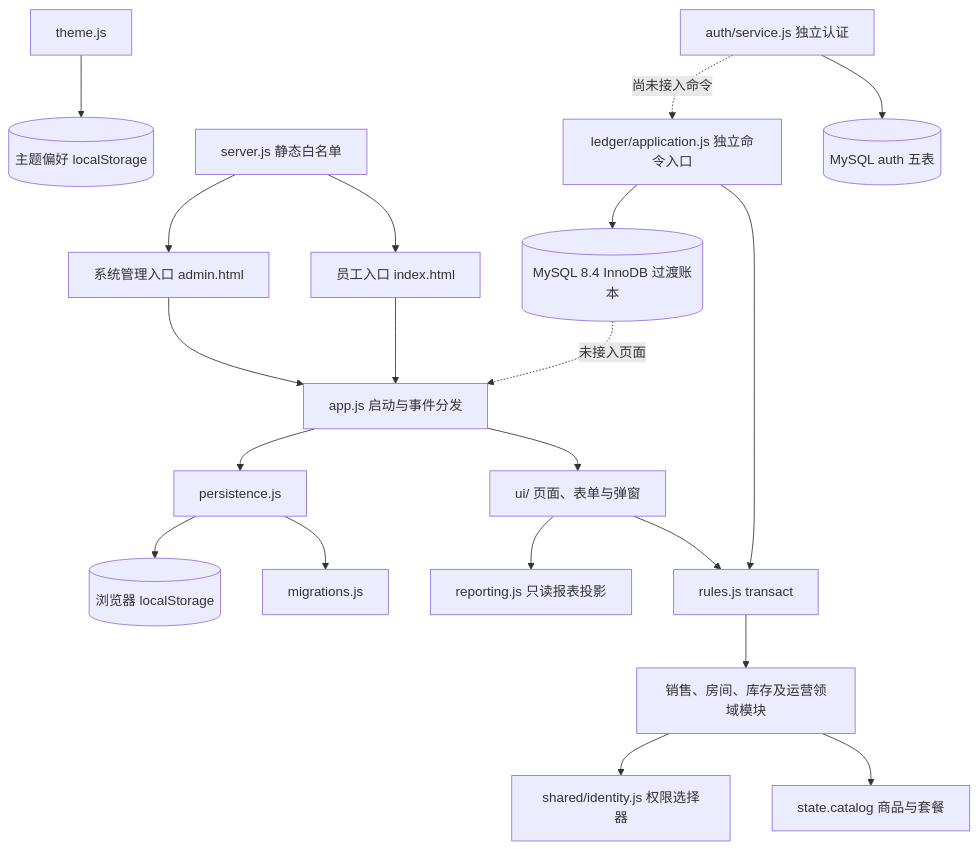
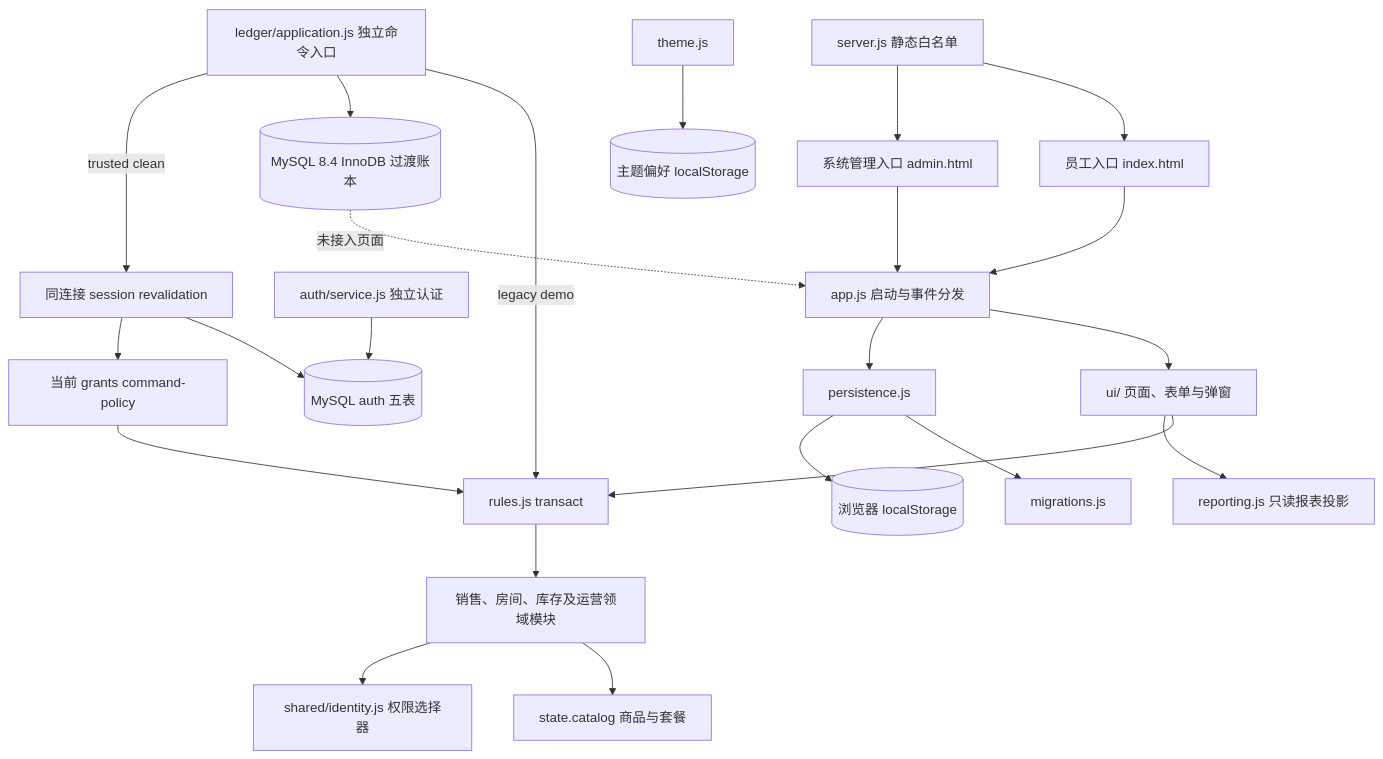
One commit to Richard-Zhuo/codex-KTV changed the diagram in docs/ARCHITECTURE.md. Above: the diagram before and after it, drawn with Mermaid. The commit also changed other lines of this file and 15 other files, not shown here.

Commit message:
feat(ledger): add session-trusted clean execution

````diff
--- a/docs/ARCHITECTURE.md
+++ b/docs/ARCHITECTURE.md
@@ -7,22 +7,25 @@
 ```mermaid
 flowchart TD
   E[员工入口 index.html] --> APP[app.js 启动与事件分发]
   A[系统管理入口 admin.html] --> APP
   APP --> UI[ui/ 页面、表单与弹窗]
   APP --> P[persistence.js]
   P --> M[migrations.js]
   P --> LS[(浏览器 localStorage)]
   UI --> TX[rules.js transact]
   TX --> D[销售、房间、库存及运营领域模块]
   UI --> REP[reporting.js 只读报表投影]
   D --> C[state.catalog 商品与套餐]
   D --> ID[shared/identity.js 权限选择器]
   T[theme.js] --> PREF[(主题偏好 localStorage)]
   S[server.js 静态白名单] --> E
   S --> A
-  L[ledger/application.js 独立命令入口] --> TX
+  L[ledger/application.js 独立命令入口] -->|legacy demo| TX
   L --> DB[(MySQL 8.4 InnoDB 过渡账本)]
   AUTH[auth/service.js 独立认证] --> AUTHDB[(MySQL auth 五表)]
-  AUTH -. 尚未接入命令 .-> L
+  L -->|trusted clean| RV[同连接 session revalidation]
+  RV --> AUTHDB
+  RV --> CP[当前 grants command-policy]
+  CP --> TX
   DB -. 未接入页面 .-> APP
 ```
````
